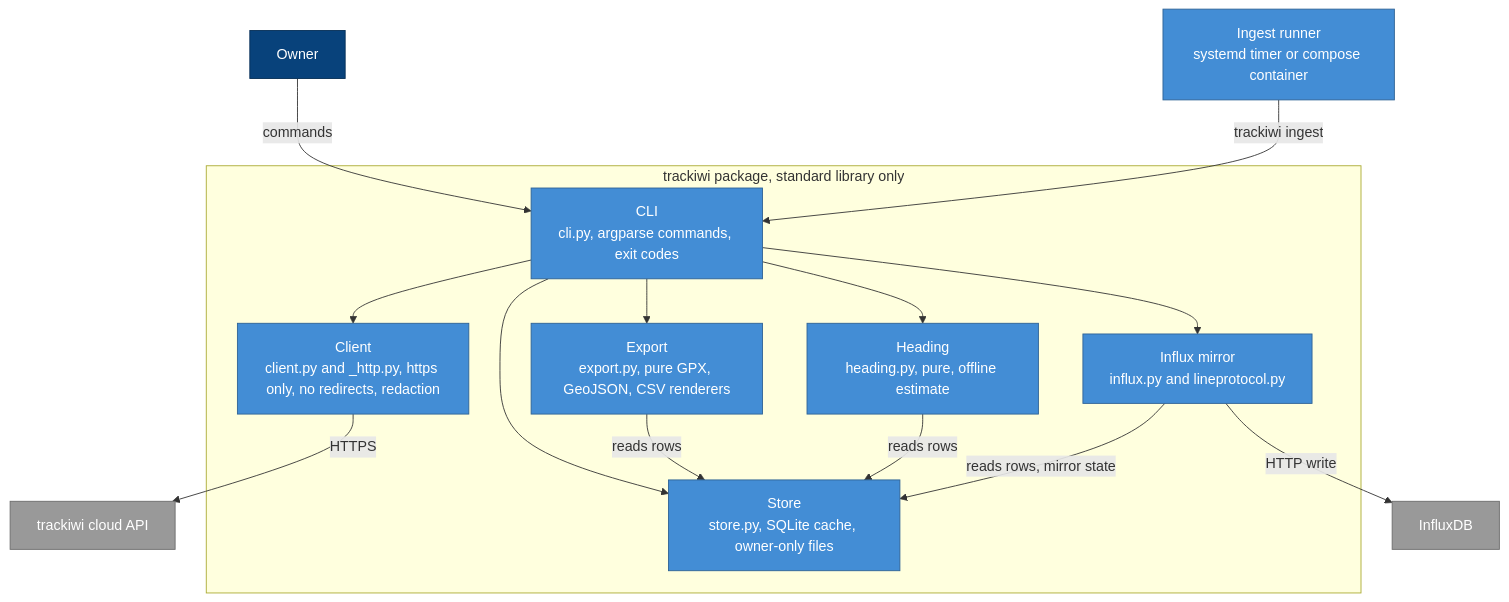
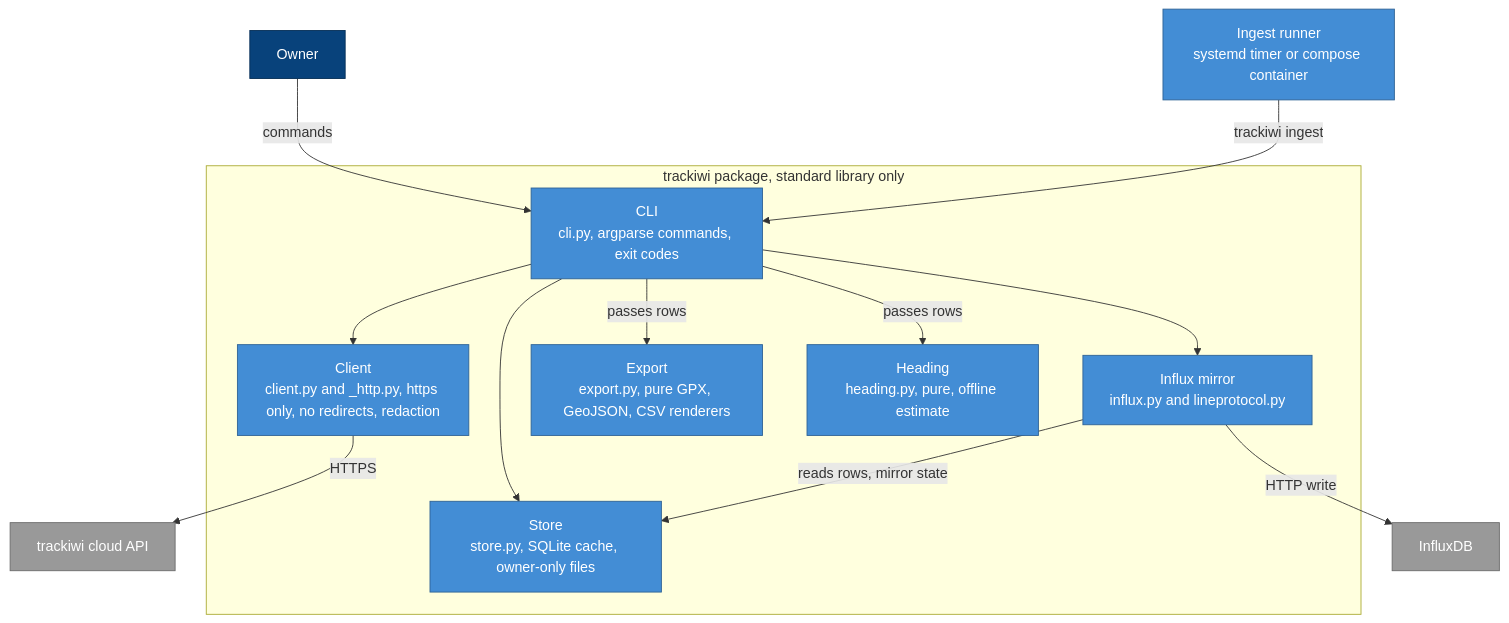
The second of 6 diagrams in docs/architecture.md (ckeller42/trackiwi-client), drawn with Mermaid before and after one commit. The commit also changed other lines of this file, not shown here.

Commit message:
docs: make the architecture diagram and mirror wording match the code
export and heading never import Store; cli passes them rows. The mirror
checks tracker names per batch, so earlier batches stay sent when a later
batch holds an unnamed tracker.

Claude-Session: https://claude.ai/code/session_012BcAmsYtN9CxvK3FxE5G8y

````diff
--- a/docs/architecture.md
+++ b/docs/architecture.md
@@ -78,33 +78,31 @@
 ```mermaid
 flowchart TB
     owner["Owner"]:::person
     cloud["trackiwi cloud API"]:::external
     influxdb["InfluxDB"]:::external
     timer["Ingest runner<br/>systemd timer or compose container"]:::container
 
     subgraph pkg["trackiwi package, standard library only"]
         cli["CLI<br/>cli.py, argparse commands, exit codes"]:::container
         client["Client<br/>client.py and _http.py, https only, no redirects, redaction"]:::container
         store["Store<br/>store.py, SQLite cache, owner-only files"]:::container
         export["Export<br/>export.py, pure GPX, GeoJSON, CSV renderers"]:::container
         heading["Heading<br/>heading.py, pure, offline estimate"]:::container
         mirror["Influx mirror<br/>influx.py and lineprotocol.py"]:::container
     end
 
     owner -->|commands| cli
     timer -->|trackiwi ingest| cli
     cli --> client
     cli --> store
-    cli --> export
-    cli --> heading
+    cli -->|passes rows| export
+    cli -->|passes rows| heading
     cli --> mirror
     client -->|HTTPS| cloud
-    export -->|reads rows| store
-    heading -->|reads rows| store
     mirror -->|reads rows, mirror state| store
     mirror -->|HTTP write| influxdb
 
     classDef person fill:#08427b,stroke:#052e56,color:#ffffff
     classDef container fill:#438dd5,stroke:#2e6295,color:#ffffff
     classDef external fill:#999999,stroke:#6b6b6b,color:#ffffff
 ```
````
